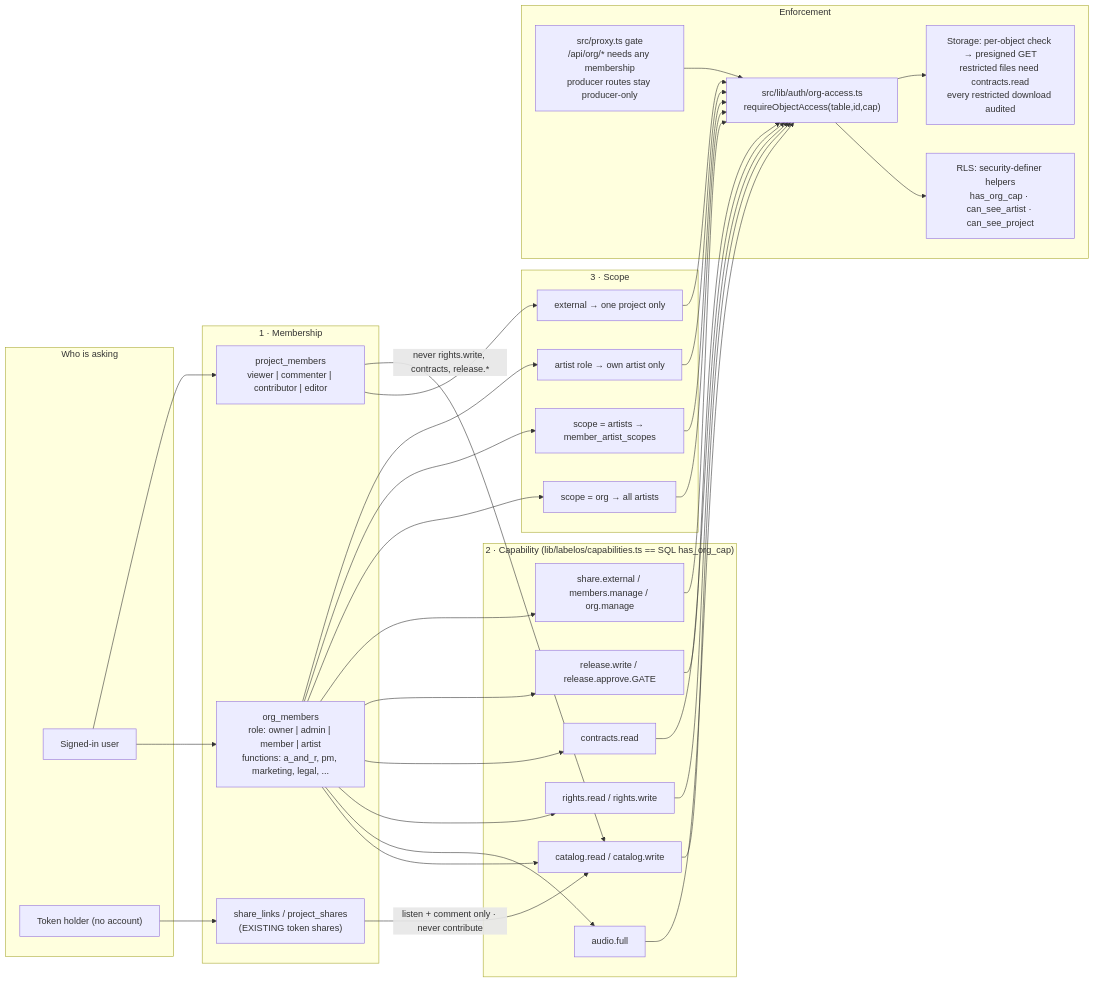
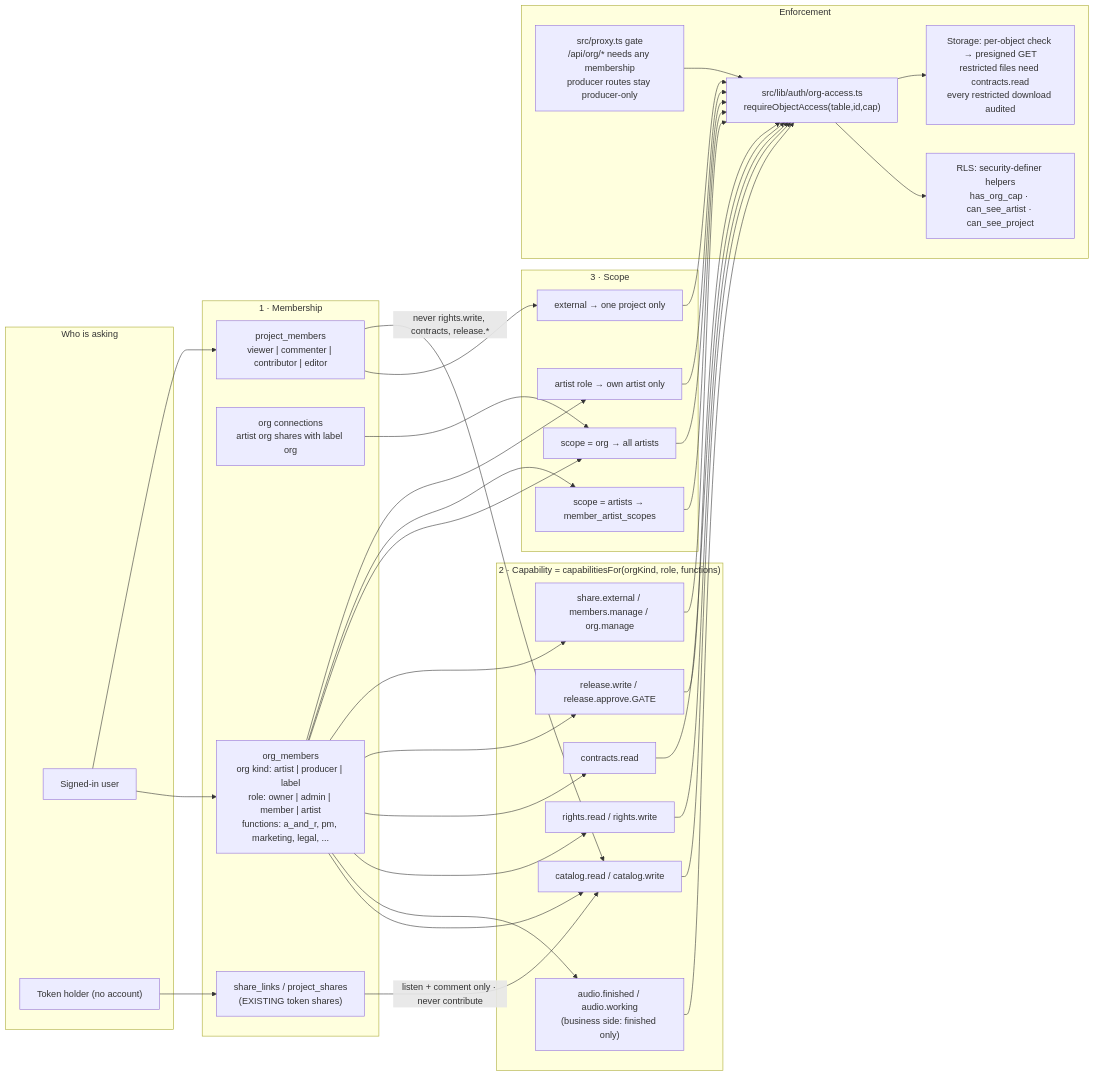
One commit to philipmadupro-ship-it/uche-beatstore-g-a changed the diagram in docs/bstudio-label-os/permission-model.mermaid. Above: the diagram before and after it, drawn with Mermaid. The commit also changed 10 other files, not shown here.

```diff
--- a/docs/bstudio-label-os/permission-model.mermaid
+++ b/docs/bstudio-label-os/permission-model.mermaid
@@ -1,51 +1,53 @@
 %% BStudio Label OS — permission model (Discovery 01, 2026-09-30)
 %% access = membership AND capability AND scope. Routes check capabilities, never role names.
 flowchart LR
     subgraph WHO["Who is asking"]
         U["Signed-in user"]
         G["Token holder (no account)"]
     end
 
     subgraph MEMBERSHIP["1 · Membership"]
-        OM["org_members<br/>role: owner | admin | member | artist<br/>functions: a_and_r, pm, marketing, legal, ..."]
+        OM["org_members<br/>org kind: artist | producer | label<br/>role: owner | admin | member | artist<br/>functions: a_and_r, pm, marketing, legal, ..."]
+        OC["org connections<br/>artist org shares with label org"]
         PM["project_members<br/>viewer | commenter | contributor | editor"]
         TS["share_links / project_shares<br/>(EXISTING token shares)"]
     end
 
-    subgraph CAPS["2 · Capability (lib/labelos/capabilities.ts == SQL has_org_cap)"]
+    subgraph CAPS["2 · Capability = capabilitiesFor(orgKind, role, functions)"]
         C1["catalog.read / catalog.write"]
-        C2["audio.full"]
+        C2["audio.finished / audio.working<br/>(business side: finished only)"]
         C3["rights.read / rights.write"]
         C4["contracts.read"]
         C5["release.write / release.approve.GATE"]
         C6["share.external / members.manage / org.manage"]
     end
 
     subgraph SCOPE["3 · Scope"]
         S1["scope = org → all artists"]
         S2["scope = artists → member_artist_scopes"]
         S3["artist role → own artist only"]
         S4["external → one project only"]
     end
 
     subgraph ENFORCE["Enforcement"]
         GATE["src/proxy.ts gate<br/>/api/org/* needs any membership<br/>producer routes stay producer-only"]
         APP["src/lib/auth/org-access.ts<br/>requireObjectAccess(table,id,cap)"]
         RLS["RLS: security-definer helpers<br/>has_org_cap · can_see_artist · can_see_project"]
         STORE["Storage: per-object check → presigned GET<br/>restricted files need contracts.read<br/>every restricted download audited"]
     end
 
     U --> OM
     U --> PM
+    OC --> S1
     G --> TS
     OM --> C1 & C2 & C3 & C4 & C5 & C6
     OM --> S1 & S2 & S3
     PM --> S4
     PM -->|"never rights.write, contracts, release.*"| C1
     TS -->|"listen + comment only · never contribute"| C1
 
     C1 & C2 & C3 & C4 & C5 & C6 --> APP
     S1 & S2 & S3 & S4 --> APP
     GATE --> APP
     APP --> RLS
     APP --> STORE
```
